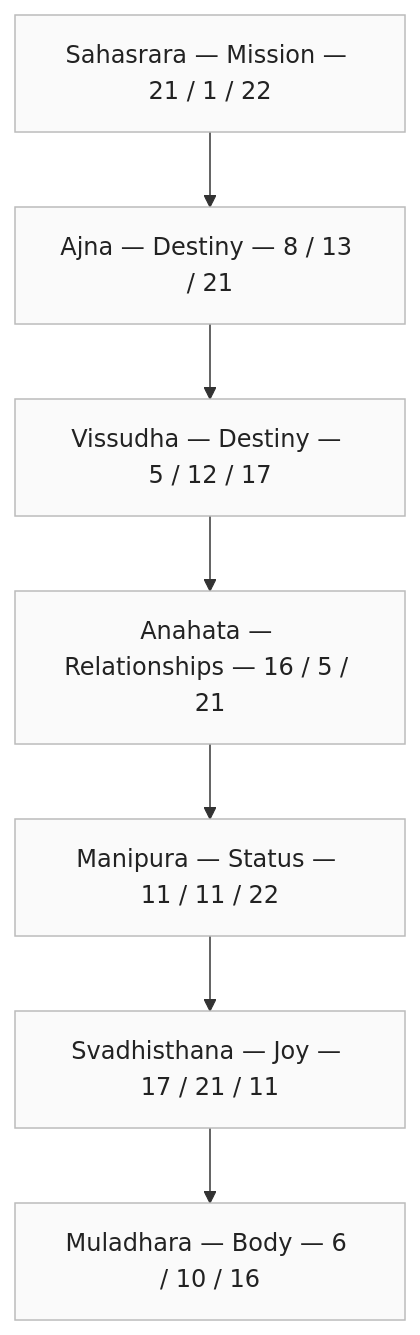
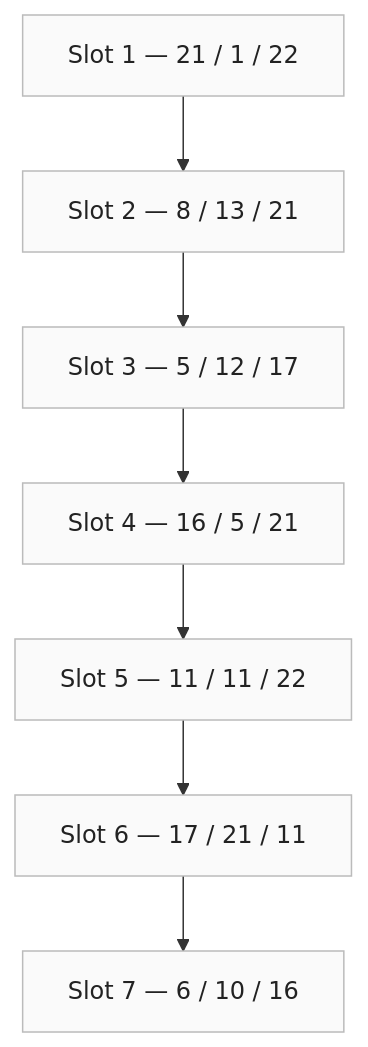
One commit to noobookbig/Ommi-self changed the third of 3 diagrams in template/forecast.md. Above: the diagram before and after it, drawn with Mermaid. The commit also changed other lines of this file and 3 other files, not shown here.

````diff
--- a/template/forecast.md
+++ b/template/forecast.md
@@ -110,13 +110,13 @@
 ```mermaid
-%% Matrix rows — chakra name + physics/energy/emotions triple.
+%% Matrix rows — slot label + three-axis triple.
 flowchart TB
     classDef row fill:#fafafa,stroke:#bbb,color:#222
-    R1["Sahasrara — Mission — 21 / 1 / 22"]:::row
-    R2["Ajna — Destiny — 8 / 13 / 21"]:::row
-    R3["Vissudha — Destiny — 5 / 12 / 17"]:::row
-    R4["Anahata — Relationships — 16 / 5 / 21"]:::row
-    R5["Manipura — Status — 11 / 11 / 22"]:::row
-    R6["Svadhisthana — Joy — 17 / 21 / 11"]:::row
-    R7["Muladhara — Body — 6 / 10 / 16"]:::row
+    R1["Slot 1 — 21 / 1 / 22"]:::row
+    R2["Slot 2 — 8 / 13 / 21"]:::row
+    R3["Slot 3 — 5 / 12 / 17"]:::row
+    R4["Slot 4 — 16 / 5 / 21"]:::row
+    R5["Slot 5 — 11 / 11 / 22"]:::row
+    R6["Slot 6 — 17 / 21 / 11"]:::row
+    R7["Slot 7 — 6 / 10 / 16"]:::row
     R1 --> R2 --> R3 --> R4 --> R5 --> R6 --> R7
 ```
````
